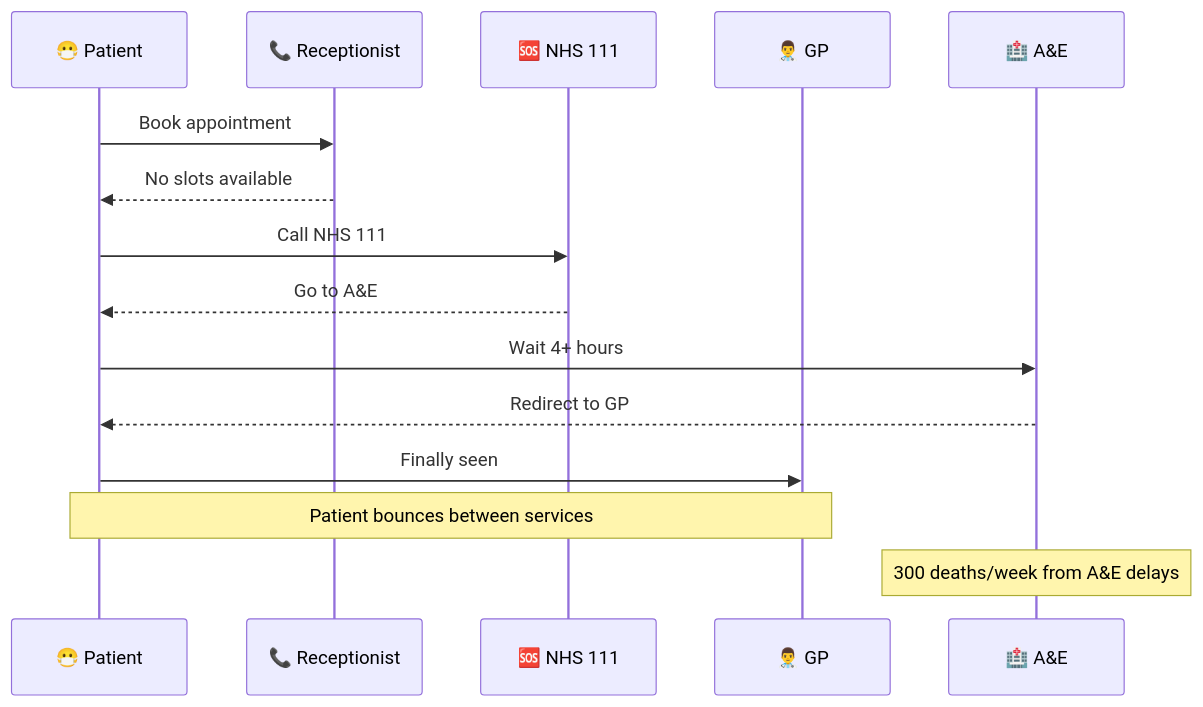
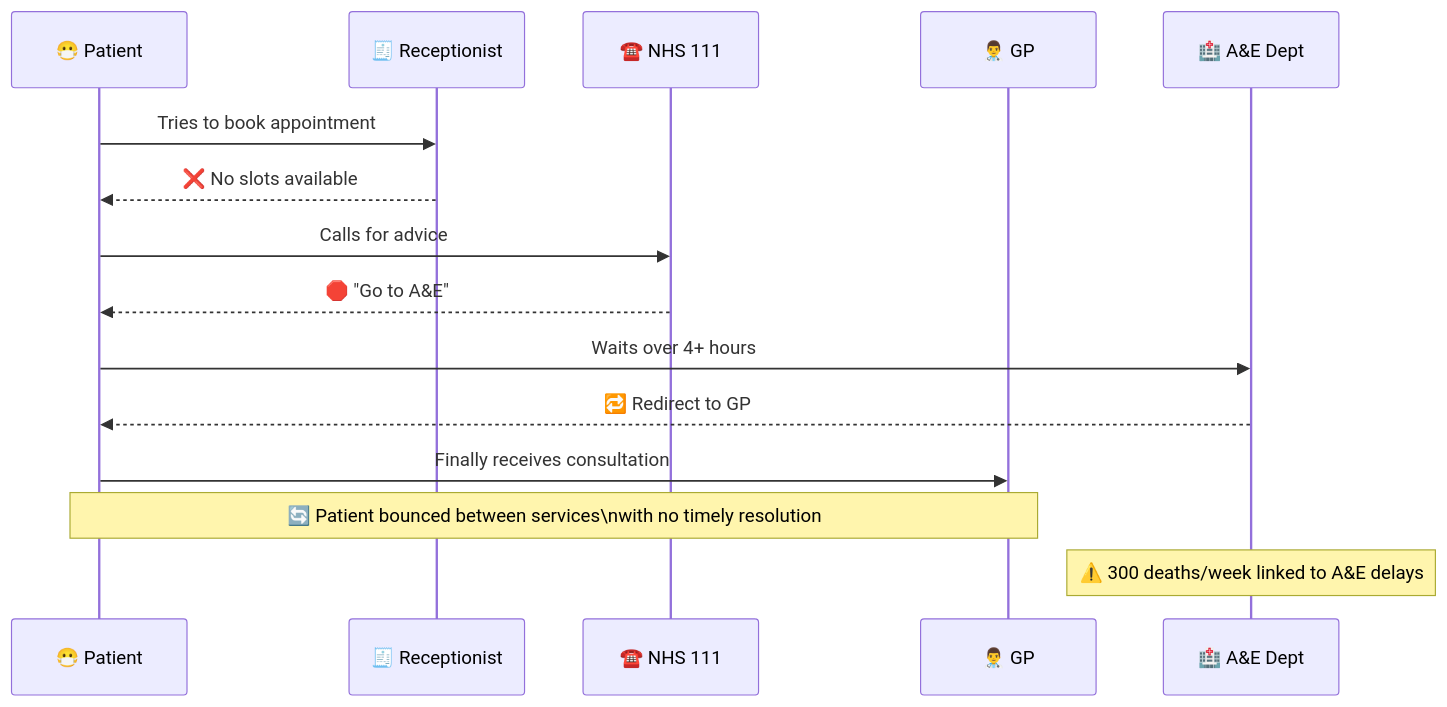
One commit to hr1juldey/FairWorks_FairDOC changed the second of 18 diagrams in report.md. Above: the diagram before and after it, drawn with Mermaid. The commit also changed other lines of this file, not shown here.

````diff
--- a/report.md
+++ b/report.md
@@ -53,19 +58,26 @@
 ```mermaid
 sequenceDiagram
+    %% Participants
     participant P as 😷 Patient
-    participant R as 📞 Receptionist
-    participant N as 🆘 NHS 111
+    participant R as 🧾 Receptionist
+    participant N as ☎️ NHS 111
     participant GP as 👨‍⚕️ GP
-    participant AE as 🏥 A&E
-    
-    P->>R: Book appointment
-    R-->>P: No slots available
-    P->>N: Call NHS 111
-    N-->>P: Go to A&E
-    P->>AE: Wait 4+ hours
-    AE-->>P: Redirect to GP
-    P->>GP: Finally seen
-    
-    Note over P,GP: Patient bounces between services
-    Note over AE: 300 deaths/week from A&E delays
+    participant AE as 🏥 A&E Dept
+
+    %% Flow of interaction
+    P->>R: Tries to book appointment
+    R-->>P: ❌ No slots available
+
+    P->>N: Calls for advice
+    N-->>P: 🛑 "Go to A&E"
+
+    P->>AE: Waits over 4+ hours
+    AE-->>P: 🔁 Redirect to GP
+
+    P->>GP: Finally receives consultation
+
+    %% Notes
+    Note over P,GP: 🔄 Patient bounced between services\nwith no timely resolution
+    Note over AE: ⚠️ 300 deaths/week linked to A&E delays
+
 ```
````
